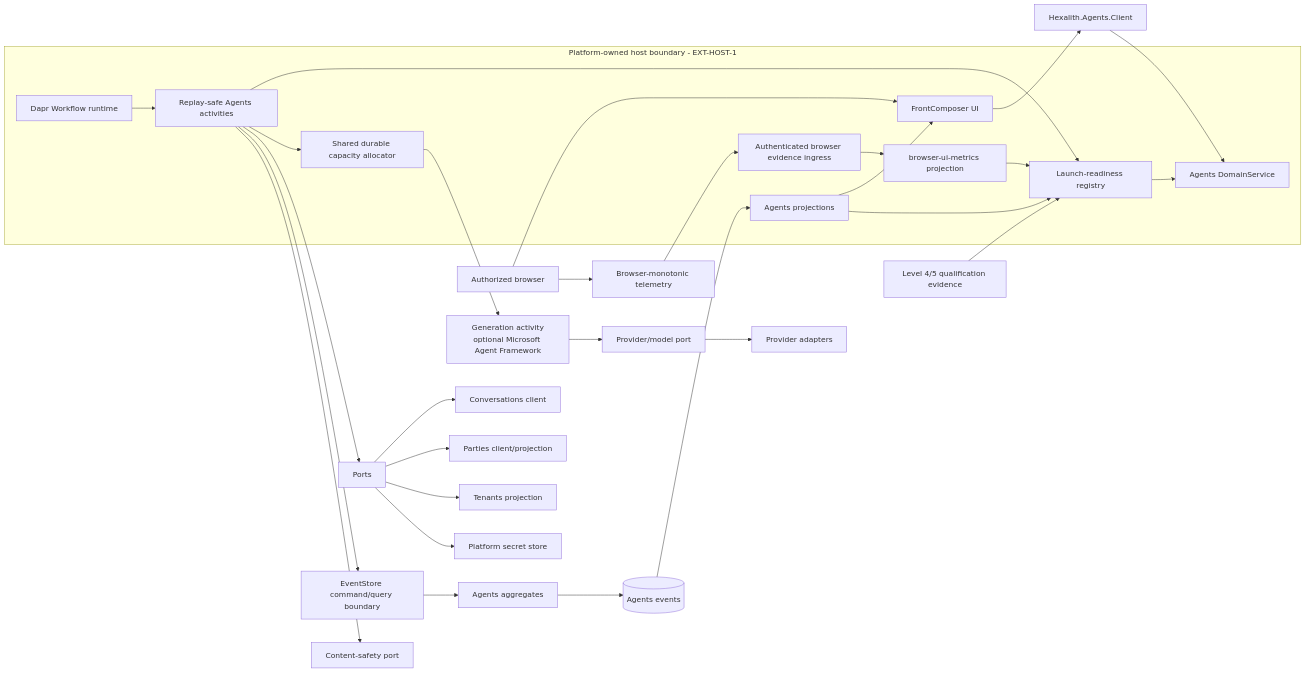
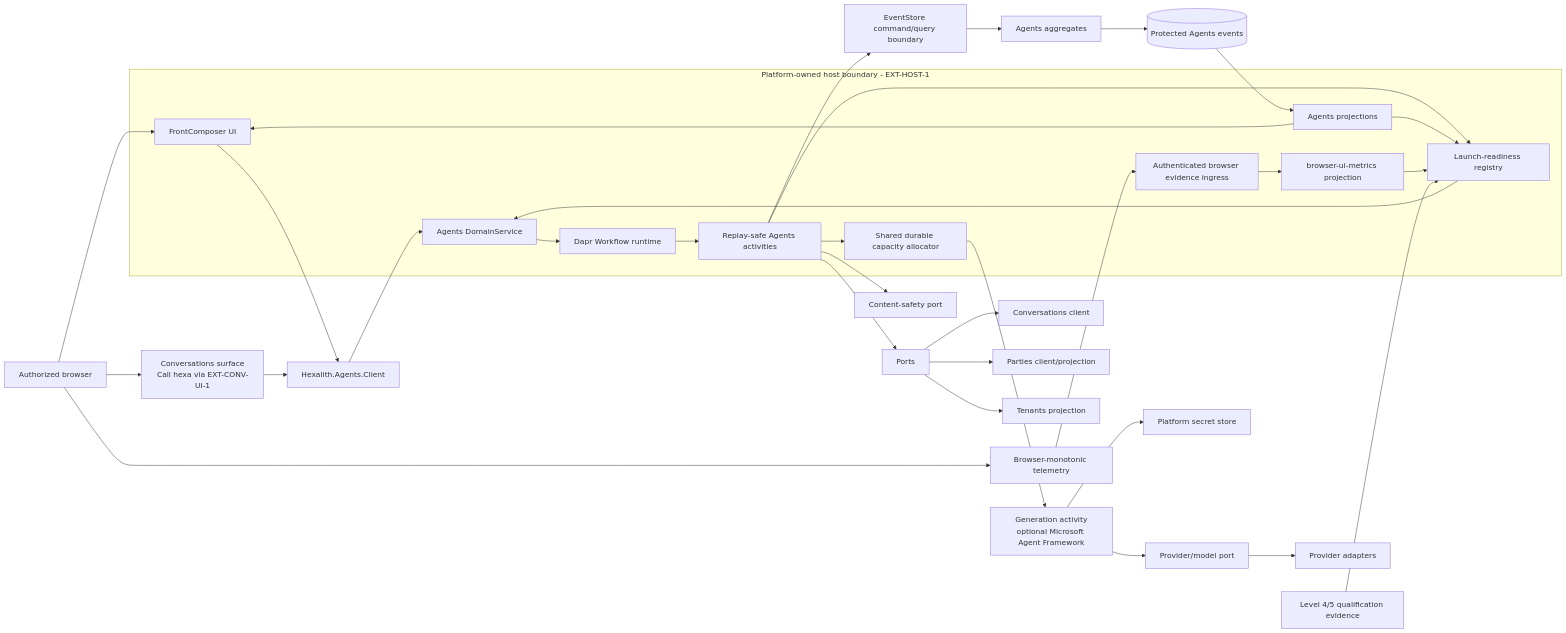
One commit to Hexalith/Hexalith.Agents changed the first of 4 diagrams in _bmad-output/planning-artifacts/architecture/architecture-agents-2026-06-23-2/ARCHITECTURE-SPINE.md. Above: the diagram before and after it, drawn with Mermaid. The commit also changed other lines of this file and 35 other files, not shown here.

````diff
--- a/_bmad-output/planning-artifacts/architecture/architecture-agents-2026-06-23-2/ARCHITECTURE-SPINE.md
+++ b/_bmad-output/planning-artifacts/architecture/architecture-agents-2026-06-23-2/ARCHITECTURE-SPINE.md
@@ -48,41 +51,44 @@
 ```mermaid
 flowchart LR
   Browser[Authorized browser] --> UI
   Browser --> BrowserTelemetry[Browser-monotonic telemetry]
+  Browser --> ConvSurface[Conversations surface<br/>Call hexa via EXT-CONV-UI-1]
+  ConvSurface --> Client
   subgraph PlatformBoundary[Platform-owned host boundary - EXT-HOST-1]
     API[Agents DomainService]
     UI[FrontComposer UI]
     Workflow[Dapr Workflow runtime]
     App[Replay-safe Agents activities]
     CapacityGate[Shared durable capacity allocator]
     ReadinessRegistry[Launch-readiness registry]
     Proj[Agents projections]
     EvidenceIngress[Authenticated browser evidence ingress]
     BrowserMetrics[browser-ui-metrics projection]
   end
   UI --> Client[Hexalith.Agents.Client]
   Client --> API
+  API --> Workflow
   Workflow --> App
   App --> ReadinessRegistry
   App --> CapacityGate
   CapacityGate --> Generation[Generation activity<br/>optional Microsoft Agent Framework]
   App --> Ports[Ports]
   App --> ES[EventStore command/query boundary]
   ES --> Agg[Agents aggregates]
-  Agg --> Events[(Agents events)]
+  Agg --> Events[(Protected Agents events)]
   Ports --> Conversations[Conversations client]
   Ports --> Parties[Parties client/projection]
   Ports --> Tenants[Tenants projection]
   Generation --> ProviderPort[Provider/model port]
   ProviderPort --> Provider[Provider adapters]
   App --> Safety[Content-safety port]
-  Ports --> Secrets[Platform secret store]
+  Generation --> Secrets[Platform secret store]
   Events --> Proj
   Proj --> UI
   Proj --> ReadinessRegistry
   BrowserTelemetry --> EvidenceIngress
   EvidenceIngress --> BrowserMetrics
   BrowserMetrics --> ReadinessRegistry
   Evidence[Level 4/5 qualification evidence] --> ReadinessRegistry
   ReadinessRegistry --> API
 ```
````
